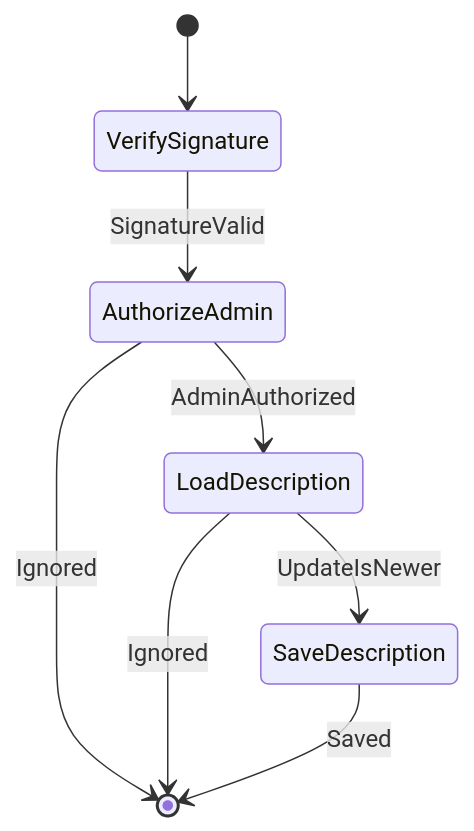
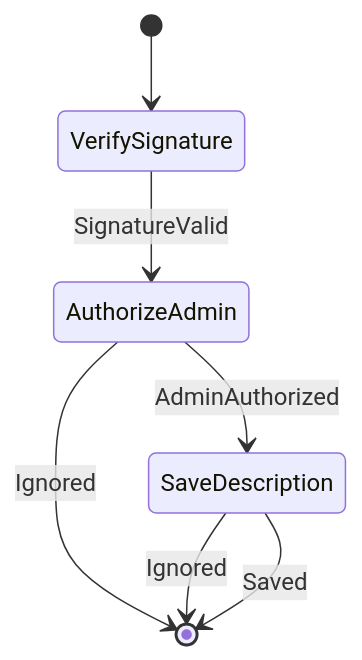
Diagram 23 of 31 in docs/architecture/workflows/incoming.md (cbgm/Sparrow), drawn with Mermaid before and after one commit. The commit also changed other lines of this file and 55 other files, not shown here.

````diff
--- a/docs/architecture/workflows/incoming.md
+++ b/docs/architecture/workflows/incoming.md
@@ -641,10 +640,9 @@
 ```mermaid
 stateDiagram-v2
     [*] --> VerifySignature
     VerifySignature --> AuthorizeAdmin : SignatureValid
-    AuthorizeAdmin --> LoadDescription : AdminAuthorized
+    AuthorizeAdmin --> SaveDescription : AdminAuthorized
     AuthorizeAdmin --> [*] : Ignored
-    LoadDescription --> [*] : Ignored
-    LoadDescription --> SaveDescription : UpdateIsNewer
+    SaveDescription --> [*] : Ignored
     SaveDescription --> [*] : Saved
 ```
````
